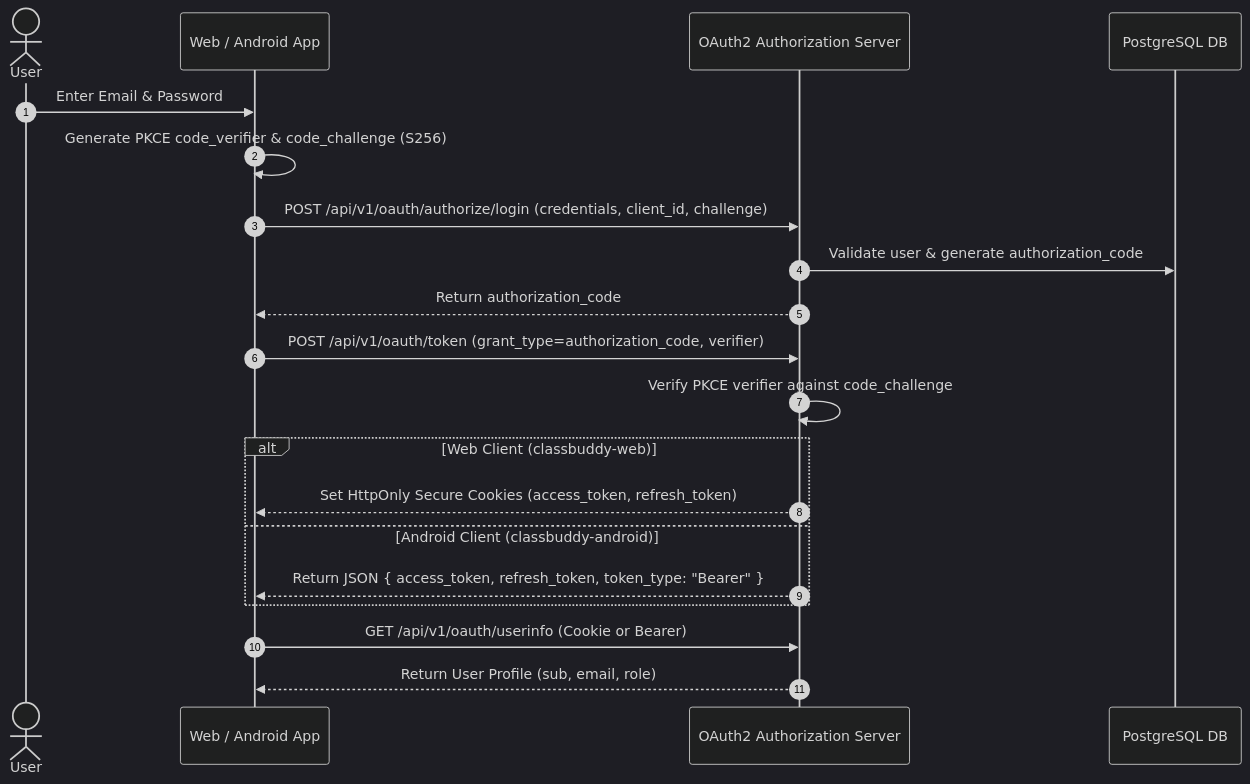
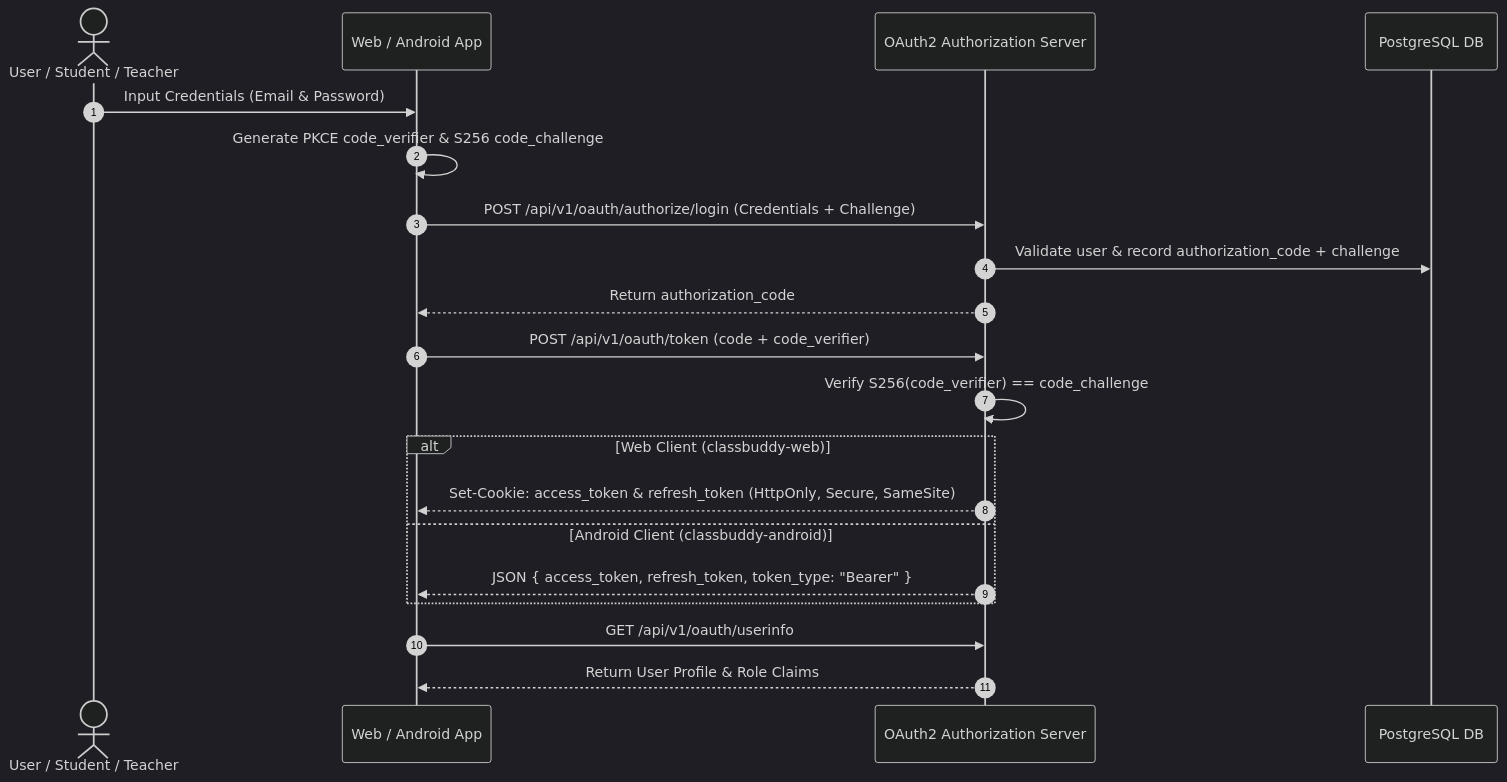
Before and after one commit to Sandeep-singh-99/ClassBuddy: the second of 5 diagrams in README.md, drawn with Mermaid (dark theme). The commit also changed other lines of this file, not shown here.

Commit message:
Implement code changes to enhance functionality and improve performance

````diff
--- a/README.md
+++ b/README.md
@@ -173,25 +246,26 @@
 ```mermaid
 sequenceDiagram
     autonumber
-    actor User
-    participant Client as Web / Android App
+    actor User as User / Student / Teacher
+    participant App as Web / Android App
     participant OAuth as OAuth2 Authorization Server
     participant DB as PostgreSQL DB
 
-    User->>Client: Enter Email & Password
-    Client->>Client: Generate PKCE code_verifier & code_challenge (S256)
-    Client->>OAuth: POST /api/v1/oauth/authorize/login (credentials, client_id, challenge)
-    OAuth->>DB: Validate user & generate authorization_code
-    OAuth-->>Client: Return authorization_code
-    Client->>OAuth: POST /api/v1/oauth/token (grant_type=authorization_code, verifier)
-    OAuth->>OAuth: Verify PKCE verifier against code_challenge
+    User->>App: Input Credentials (Email & Password)
+    App->>App: Generate PKCE code_verifier & S256 code_challenge
+    App->>OAuth: POST /api/v1/oauth/authorize/login (Credentials + Challenge)
+    OAuth->>DB: Validate user & record authorization_code + challenge
+    OAuth-->>App: Return authorization_code
+
+    App->>OAuth: POST /api/v1/oauth/token (code + code_verifier)
+    OAuth->>OAuth: Verify S256(code_verifier) == code_challenge
 
     alt Web Client (classbuddy-web)
-        OAuth-->>Client: Set HttpOnly Secure Cookies (access_token, refresh_token)
+        OAuth-->>App: Set-Cookie: access_token & refresh_token (HttpOnly, Secure, SameSite)
     else Android Client (classbuddy-android)
-        OAuth-->>Client: Return JSON { access_token, refresh_token, token_type: "Bearer" }
+        OAuth-->>App: JSON { access_token, refresh_token, token_type: "Bearer" }
     end
 
-    Client->>OAuth: GET /api/v1/oauth/userinfo (Cookie or Bearer)
-    OAuth-->>Client: Return User Profile (sub, email, role)
+    App->>OAuth: GET /api/v1/oauth/userinfo
+    OAuth-->>App: Return User Profile & Role Claims
 ```
````
